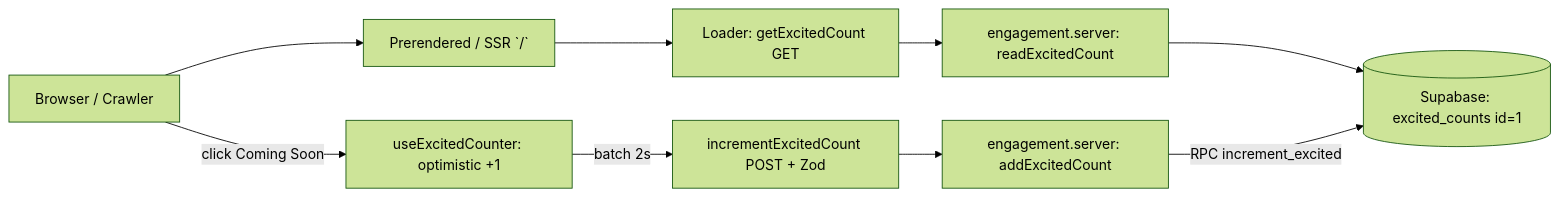
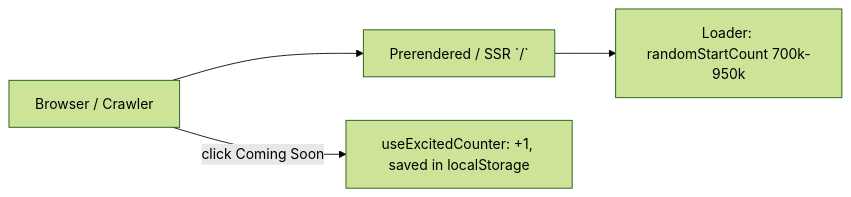
Before and after one commit to kentgarcia/atomiq-landing: the diagram in README.md, drawn with Mermaid (forest theme). The commit also changed other lines of this file and 100 other files, not shown here.

````diff
--- a/README.md
+++ b/README.md
@@ -84,11 +82,6 @@
 ```mermaid
 flowchart LR
   A[Browser / Crawler] --> B[Prerendered / SSR `/`]
-  B --> C[Loader: getExcitedCount GET]
-  C --> D[engagement.server: readExcitedCount]
-  D --> E[(Supabase: excited_counts id=1)]
-  A -->|click Coming Soon| F[useExcitedCounter: optimistic +1]
-  F -->|batch 2s| G[incrementExcitedCount POST + Zod]
-  G --> H[engagement.server: addExcitedCount]
-  H -->|RPC increment_excited| E
+  B --> C[Loader: randomStartCount 700k-950k]
+  A -->|click Coming Soon| D[useExcitedCounter: +1, saved in localStorage]
 ```
````
